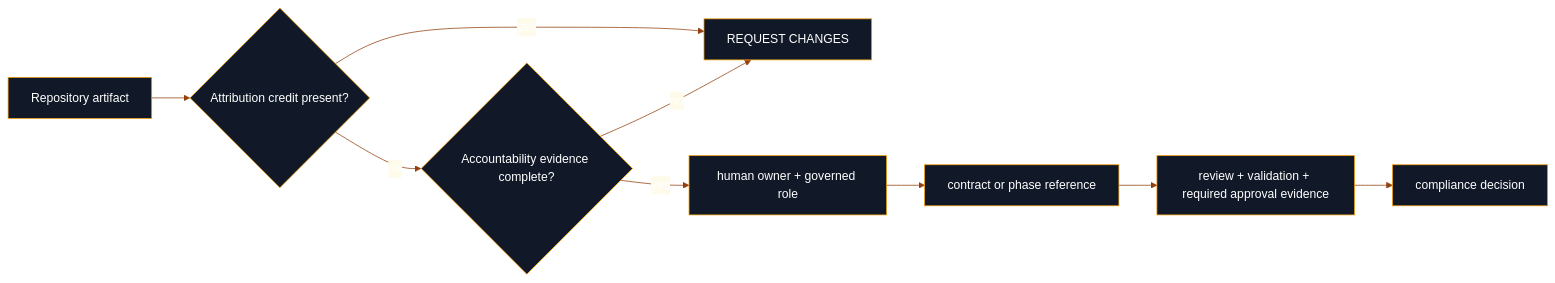
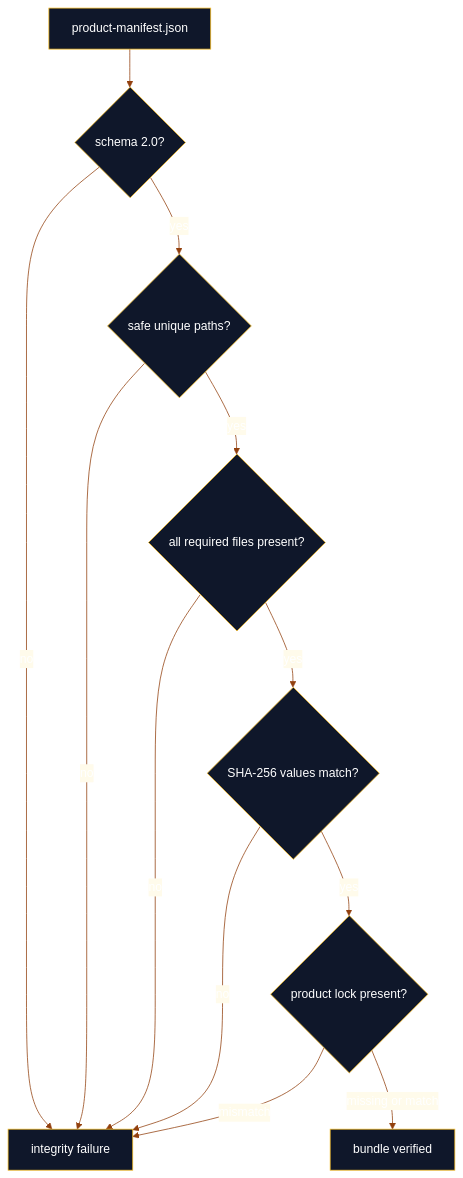
Before and after one commit to flynn33/forsetti-agentic-edition: the third of 3 diagrams in wiki/Compliance.md, drawn with Mermaid. The commit also changed other lines of this file and 11 other files, not shown here.

````diff
--- a/wiki/Compliance.md
+++ b/wiki/Compliance.md
@@ -68,12 +136,15 @@
 ```mermaid
-%%{init: {"theme":"base","themeVariables":{"primaryColor":"#111827","primaryTextColor":"#ffffff","primaryBorderColor":"#f59e0b","lineColor":"#92400e","secondaryColor":"#fffbeb","tertiaryColor":"#f8fafc"}}}%%
-flowchart LR
-    Artifact["Repository artifact"] --> Scan{"Attribution credit present?"}
-    Scan -->|yes| Request["REQUEST CHANGES"]
-    Scan -->|no| Evidence{"Accountability evidence complete?"}
-    Evidence -->|no| Request
-    Evidence -->|yes| Owner["human owner + governed role"]
-    Owner --> Trace["contract or phase reference"]
-    Trace --> Proof["review + validation + required approval evidence"]
-    Proof --> Decision["compliance decision"]
+%%{init: {"theme":"base","themeVariables":{"primaryColor":"#0f172a","primaryTextColor":"#ffffff","primaryBorderColor":"#fbbf24","lineColor":"#92400e","secondaryColor":"#fffbeb","tertiaryColor":"#f8fafc"}}}%%
+flowchart TB
+    Manifest["product-manifest.json"] --> Schema{"schema 2.0?"}
+    Schema -->|no| Fail["integrity failure"]
+    Schema -->|yes| Paths{"safe unique paths?"}
+    Paths -->|no| Fail
+    Paths -->|yes| Required{"all required files present?"}
+    Required -->|no| Fail
+    Required -->|yes| Hashes{"SHA-256 values match?"}
+    Hashes -->|no| Fail
+    Hashes -->|yes| ProductLock{"product lock present?"}
+    ProductLock -->|mismatch| Fail
+    ProductLock -->|missing or match| Pass["bundle verified"]
 ```
````
